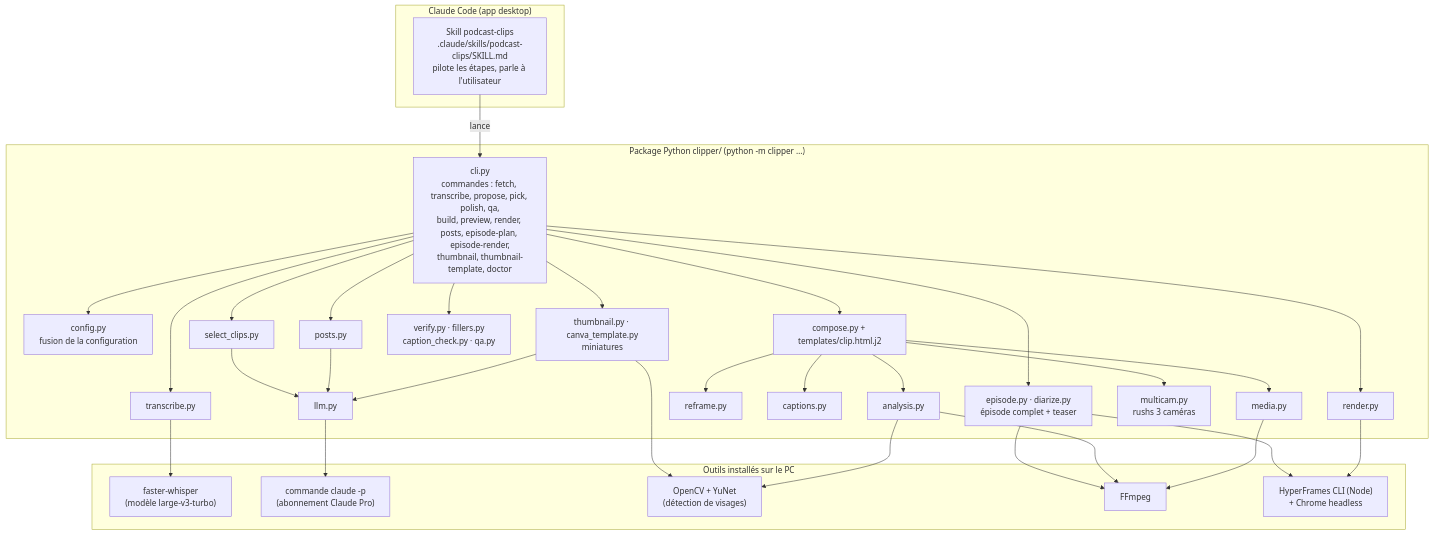
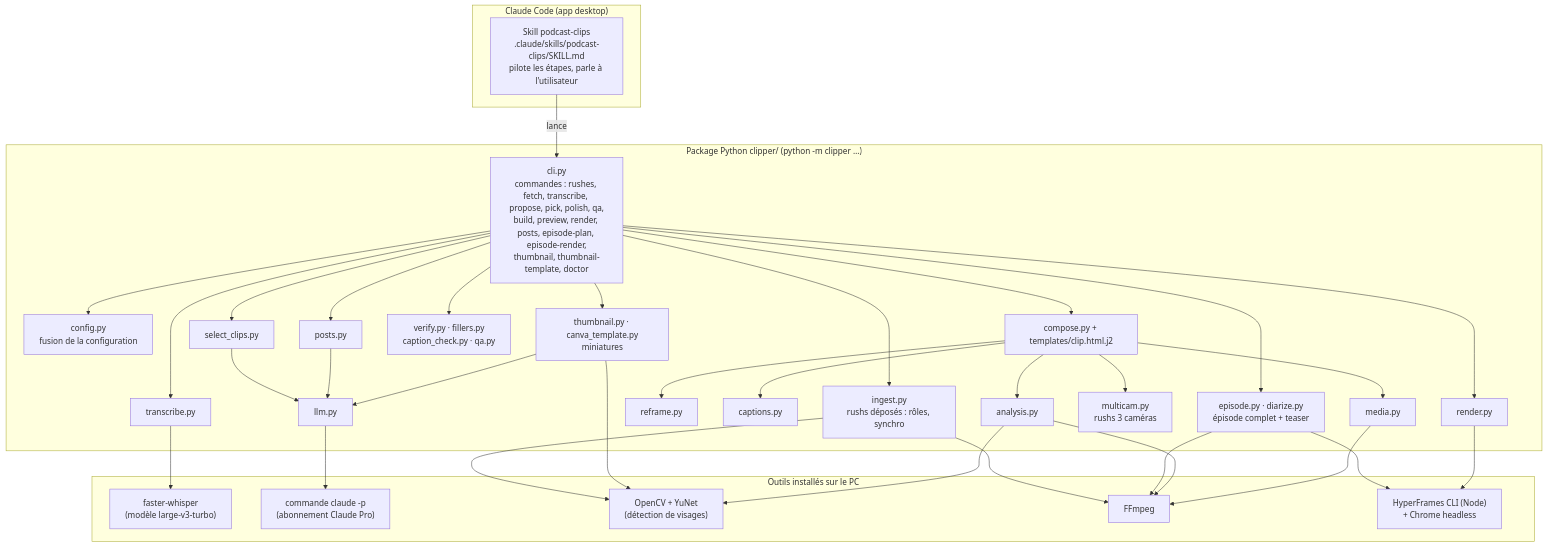
Before and after one commit to arthurw31/podcast-clipper: the first of 3 diagrams in docs/ARCHITECTURE.md, drawn with Mermaid. The commit also changed other lines of this file and 8 other files, not shown here.

First line of the commit message:
Rushs déposés dans depot/ : commande rushes (rôles des caméras, synchro, rangement)

````diff
--- a/docs/ARCHITECTURE.md
+++ b/docs/ARCHITECTURE.md
@@ -8,49 +8,51 @@
 ```mermaid
 flowchart TB
     subgraph CC["Claude Code (app desktop)"]
         SK["Skill podcast-clips<br/>.claude/skills/podcast-clips/SKILL.md<br/>pilote les étapes, parle à l'utilisateur"]
     end
 
     subgraph PY["Package Python clipper/ (python -m clipper …)"]
-        CLI["cli.py<br/>commandes : fetch, transcribe, propose, pick, polish, qa,<br/>build, preview, render, posts, episode-plan, episode-render,<br/>thumbnail, thumbnail-template, doctor"]
+        CLI["cli.py<br/>commandes : rushes, fetch, transcribe, propose, pick, polish, qa,<br/>build, preview, render, posts, episode-plan, episode-render,<br/>thumbnail, thumbnail-template, doctor"]
         CFG["config.py<br/>fusion de la configuration"]
         TR["transcribe.py"]
         SEL["select_clips.py"]
         LLM["llm.py"]
         AN["analysis.py"]
         RF["reframe.py"]
         CAP["captions.py"]
         CO["compose.py + templates/clip.html.j2"]
         MED["media.py"]
         REN["render.py"]
         PO["posts.py"]
         MC["multicam.py<br/>rushs 3 caméras"]
+        IG["ingest.py<br/>rushs déposés : rôles, synchro"]
         CHK["verify.py · fillers.py<br/>caption_check.py · qa.py"]
         EPI["episode.py · diarize.py<br/>épisode complet + teaser"]
         TH["thumbnail.py · canva_template.py<br/>miniatures"]
     end
 
     subgraph EXT["Outils installés sur le PC"]
         WH["faster-whisper<br/>(modèle large-v3-turbo)"]
         CL["commande claude -p<br/>(abonnement Claude Pro)"]
         CV["OpenCV + YuNet<br/>(détection de visages)"]
         FF["FFmpeg"]
         HF["HyperFrames CLI (Node)<br/>+ Chrome headless"]
     end
 
     SK -->|lance| CLI
     CLI --> CFG
     CLI --> TR & SEL & CO & REN & PO
     TR --> WH
     SEL --> LLM
     PO --> LLM
     LLM --> CL
-    CLI --> CHK & EPI & TH
+    CLI --> CHK & EPI & TH & IG
+    IG --> CV & FF
     CO --> AN & RF & CAP & MED & MC
     EPI --> FF & HF
     TH --> LLM & CV
     AN --> CV
     AN --> FF
     MED --> FF
     REN --> HF
 ```
````
